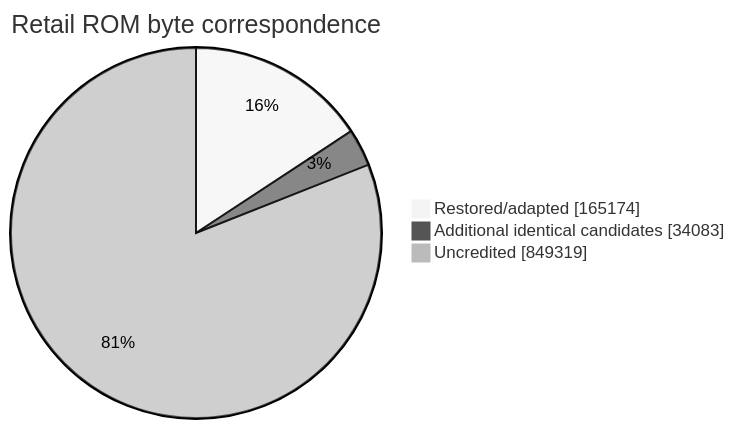
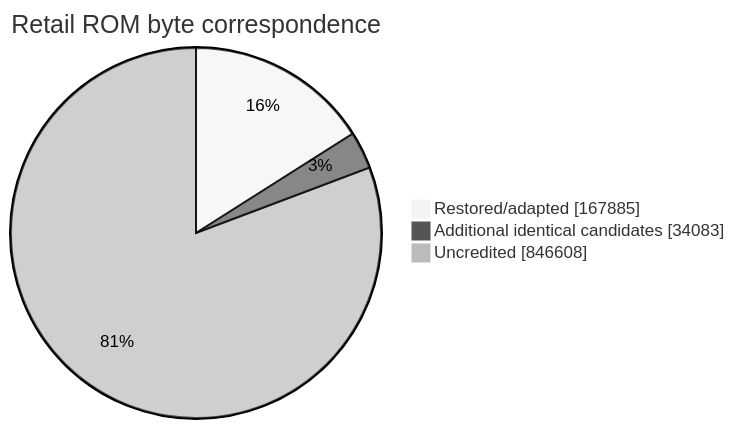
One commit to NachtRaveVL/stuntracefx changed the second of 2 diagrams in readme.md. Above: the diagram before and after it, drawn with Mermaid (neutral theme). The commit also changed other lines of this file and 7 other files, not shown here.

````diff
--- a/readme.md
+++ b/readme.md
@@ -108,7 +108,7 @@
 ```mermaid
 pie showData
     title Retail ROM byte correspondence
-    "Restored/adapted" : 165174
+    "Restored/adapted" : 167885
     "Additional identical candidates" : 34083
-    "Uncredited" : 849319
+    "Uncredited" : 846608
 ```
````
